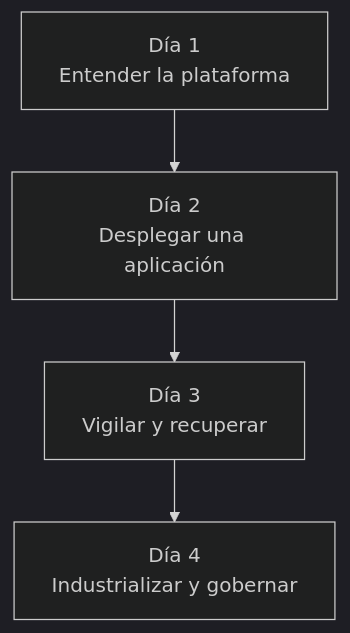
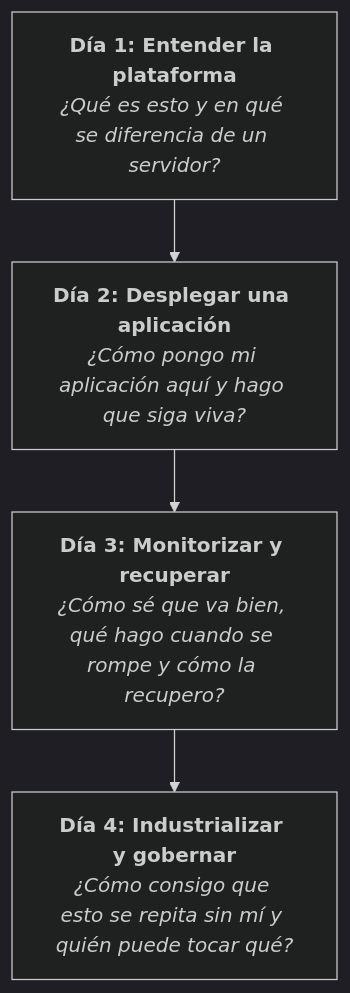
Before and after one commit to ieftraining/curso-openshift: the diagram in docs/sesion1/1.1 Introduccion.md, drawn with Mermaid (dark theme). The commit also changed other lines of this file, not shown here.

````diff
--- a/docs/sesion1/1.1 Introduccion.md
+++ b/docs/sesion1/1.1 Introduccion.md
@@ -25,11 +28,11 @@
 ```mermaid
 flowchart TD
-    D1["Día 1<br/>Entender la plataforma"]
-    D2["Día 2<br/>Desplegar una aplicación"]
-    D3["Día 3<br/>Vigilar y recuperar"]
-    D4["Día 4<br/>Industrializar y gobernar"]
+    D1["<b>Día 1: Entender la plataforma</b><br/><i>¿Qué es esto y en qué se diferencia de un servidor?</i>"]
+    D2["<b>Día 2: Desplegar una aplicación</b><br/><i>¿Cómo pongo mi aplicación aquí y hago que siga viva?</i>"]
+    D3["<b>Día 3: Monitorizar y recuperar</b><br/><i>¿Cómo sé que va bien, qué hago cuando se rompe y cómo la recupero?</i>"]
+    D4["<b>Día 4: Industrializar y gobernar</b><br/><i>¿Cómo consigo que esto se repita sin mí y quién puede tocar qué?</i>"]
 
     D1 --> D2
     D2 --> D3
     D3 --> D4
 ```
````
